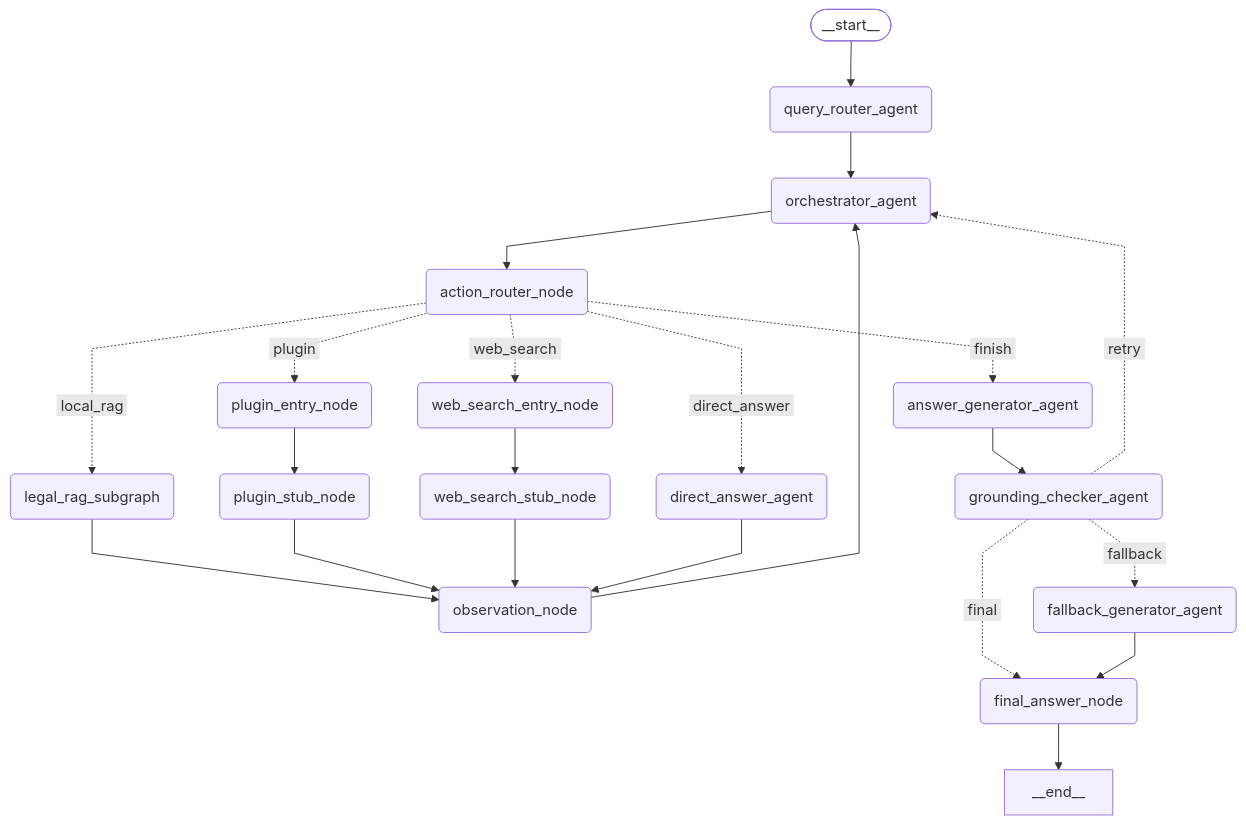
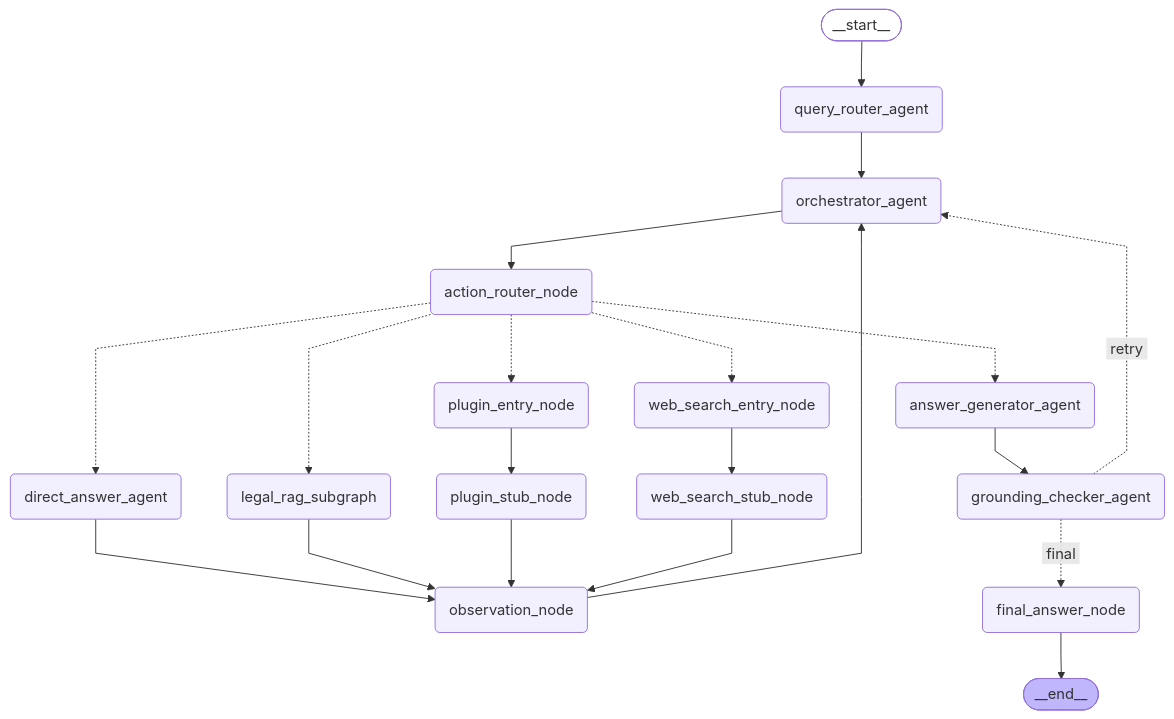
The diagram in docs/ARCHITECTURE.md (mark129873/law_agent), drawn with Mermaid before and after one commit. The commit also changed other lines of this file and 15 other files, not shown here.

Commit message:
fix: remove low-quality fallback generator agent

````diff
--- a/docs/ARCHITECTURE.md
+++ b/docs/ARCHITECTURE.md
@@ -205,47 +205,45 @@
 ```mermaid
 ---
 config:
   flowchart:
     curve: linear
 ---
 graph TD;
 	__start__([<p>__start__</p>]):::first
 	query_router_agent(query_router_agent)
 	orchestrator_agent(orchestrator_agent)
 	action_router_node(action_router_node)
 	legal_rag_subgraph(legal_rag_subgraph)
 	plugin_entry_node(plugin_entry_node)
 	plugin_stub_node(plugin_stub_node)
 	web_search_entry_node(web_search_entry_node)
 	web_search_stub_node(web_search_stub_node)
 	observation_node(observation_node)
 	direct_answer_agent(direct_answer_agent)
 	answer_generator_agent(answer_generator_agent)
 	grounding_checker_agent(grounding_checker_agent)
-	fallback_generator_agent(fallback_generator_agent)
 	final_answer_node(final_answer_node)
+	__end__([<p>__end__</p>]):::last
 	__start__ --> query_router_agent;
+	action_router_node -.-> answer_generator_agent;
+	action_router_node -.-> direct_answer_agent;
+	action_router_node -.-> legal_rag_subgraph;
+	action_router_node -.-> plugin_entry_node;
+	action_router_node -.-> web_search_entry_node;
+	answer_generator_agent --> grounding_checker_agent;
+	direct_answer_agent --> observation_node;
+	grounding_checker_agent -. &nbsp;final&nbsp; .-> final_answer_node;
+	grounding_checker_agent -. &nbsp;retry&nbsp; .-> orchestrator_agent;
+	legal_rag_subgraph --> observation_node;
+	observation_node --> orchestrator_agent;
+	orchestrator_agent --> action_router_node;
+	plugin_entry_node --> plugin_stub_node;
+	plugin_stub_node --> observation_node;
 	query_router_agent --> orchestrator_agent;
-	orchestrator_agent --> action_router_node;
-	action_router_node -. &nbsp;local_rag&nbsp; .-> legal_rag_subgraph;
-	action_router_node -. &nbsp;plugin&nbsp; .-> plugin_entry_node;
-	action_router_node -. &nbsp;web_search&nbsp; .-> web_search_entry_node;
-	action_router_node -. &nbsp;direct_answer&nbsp; .-> direct_answer_agent;
-	action_router_node -. &nbsp;finish&nbsp; .-> answer_generator_agent;
-	plugin_entry_node --> plugin_stub_node;
 	web_search_entry_node --> web_search_stub_node;
-	legal_rag_subgraph --> observation_node;
-	plugin_stub_node --> observation_node;
 	web_search_stub_node --> observation_node;
-	direct_answer_agent --> observation_node;
-	observation_node --> orchestrator_agent;
-	answer_generator_agent --> grounding_checker_agent;
-	grounding_checker_agent -. &nbsp;retry&nbsp; .-> orchestrator_agent;
-	grounding_checker_agent -. &nbsp;fallback&nbsp; .-> fallback_generator_agent;
-	grounding_checker_agent -. &nbsp;final&nbsp; .-> final_answer_node;
-	fallback_generator_agent --> final_answer_node;
 	final_answer_node --> __end__;
 	classDef default fill:#f2f0ff,line-height:1.2
 	classDef first fill-opacity:0
 	classDef last fill:#bfb6fc
 ```
````
